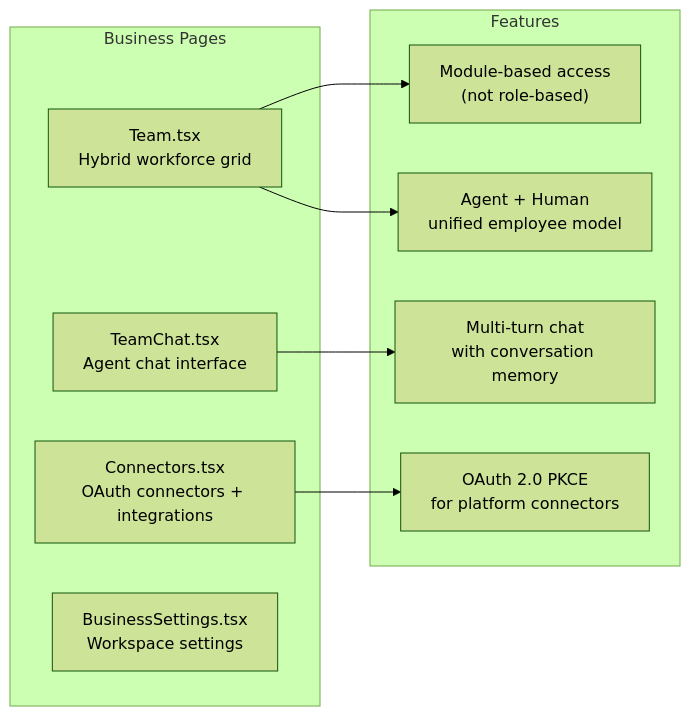
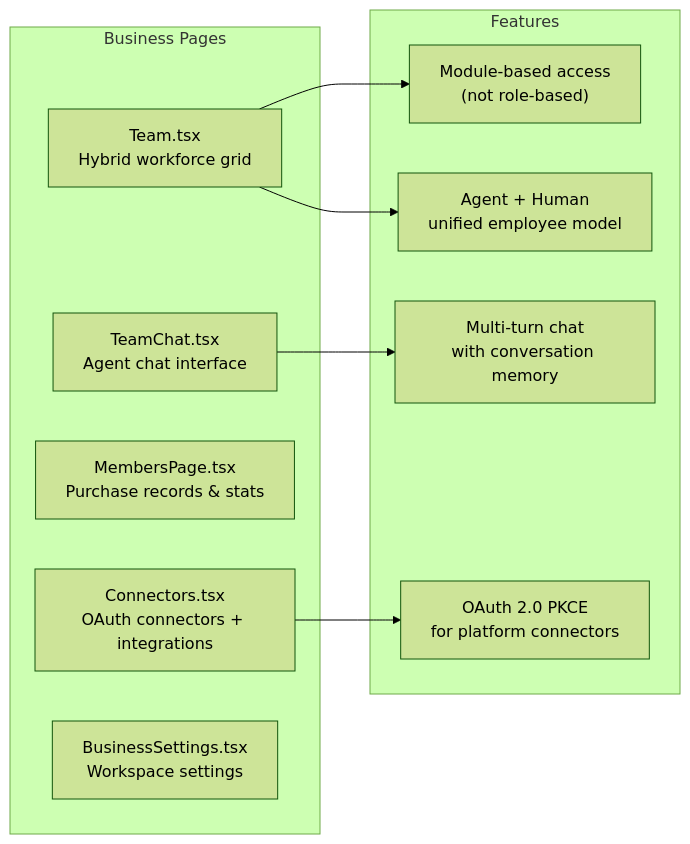
Before and after one commit to TheCloverLab/olu_demo: the fifth of 9 diagrams in ARCHITECTURE.md, drawn with Mermaid (forest theme). The commit also changed 1 other file, not shown here.

Commit message:
docs: update AGENTS.md and ARCHITECTURE.md with MembersPage and presets
- Add MembersPage to business pages table
- Add getWorkspacePurchases to product/api.ts docs
- Document workspace presets in onboarding
- Add MembersPage to architecture diagram

````diff
--- a/ARCHITECTURE.md
+++ b/ARCHITECTURE.md
@@ -175,21 +175,22 @@
 ```mermaid
 graph LR
   subgraph Pages["Business Pages"]
     TEAM["Team.tsx<br/>Hybrid workforce grid"]
     CHAT["TeamChat.tsx<br/>Agent chat interface"]
+    MEMBERS["MembersPage.tsx<br/>Purchase records & stats"]
     CONN["Connectors.tsx<br/>OAuth connectors + integrations"]
     SETTINGS["BusinessSettings.tsx<br/>Workspace settings"]
   end
 
   subgraph Features
     F1["Module-based access<br/>(not role-based)"]
     F2["Agent + Human<br/>unified employee model"]
     F3["Multi-turn chat<br/>with conversation memory"]
     F4["OAuth 2.0 PKCE<br/>for platform connectors"]
   end
 
   TEAM --> F1
   TEAM --> F2
   CHAT --> F3
   CONN --> F4
 ```
````
